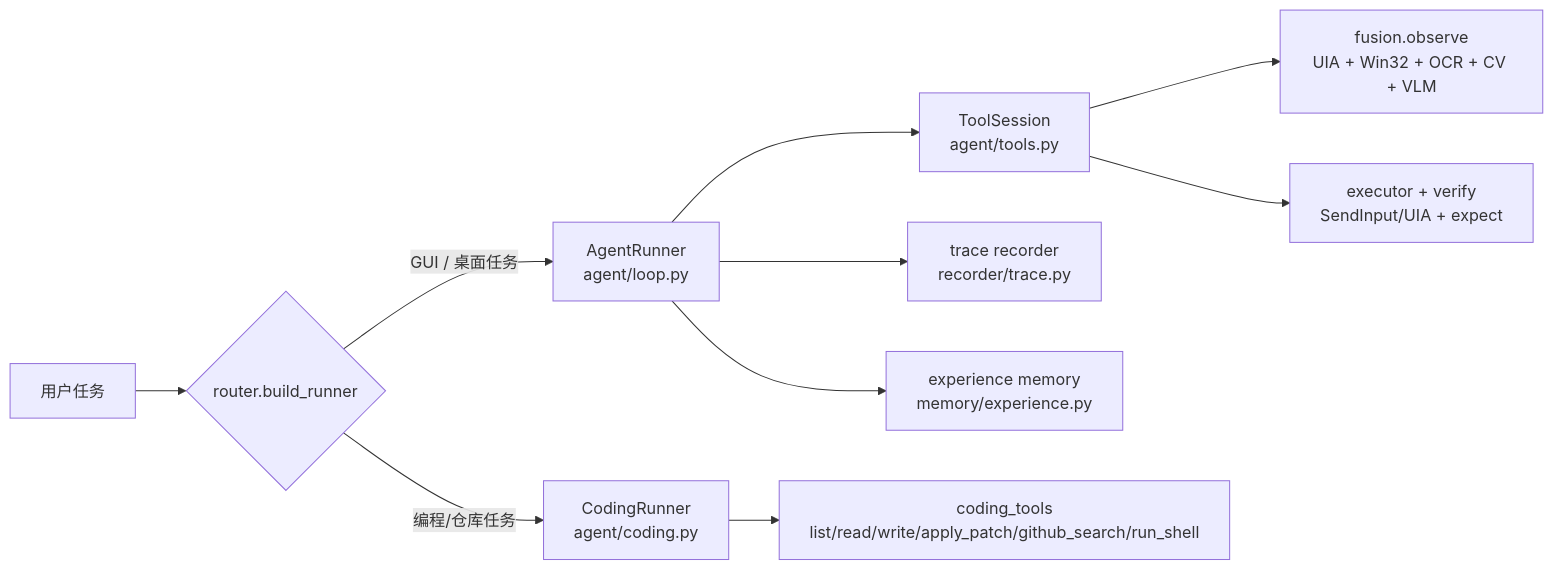
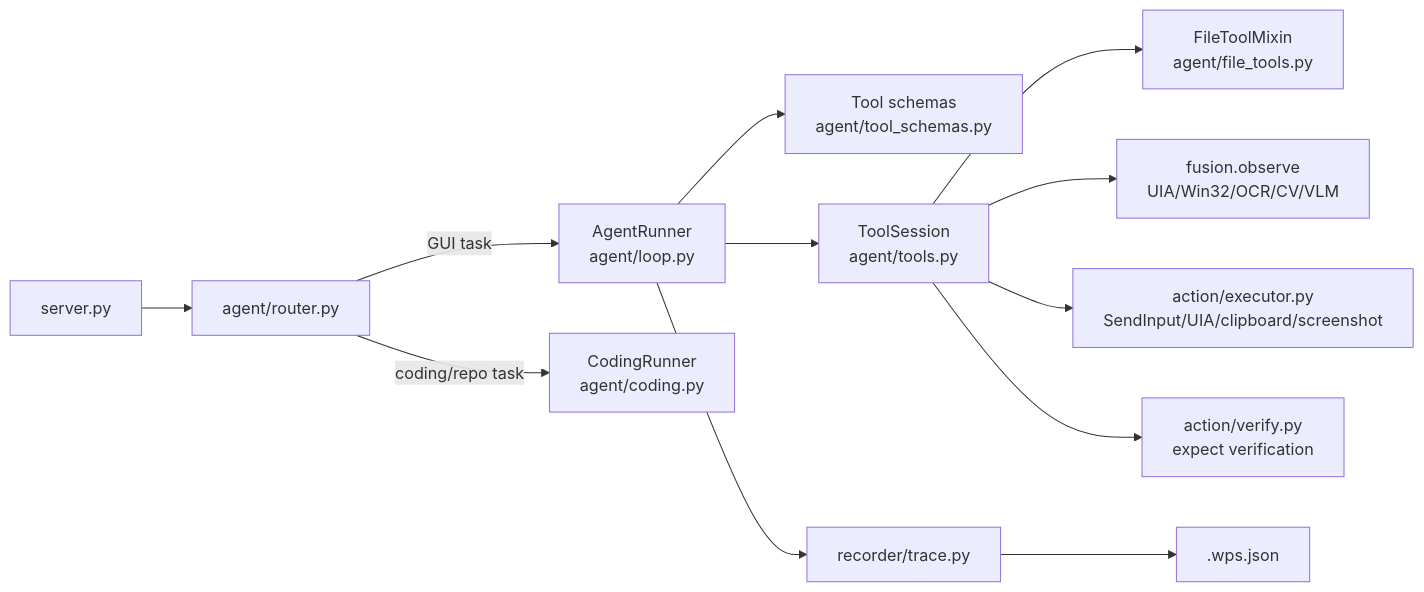
The second of 2 diagrams in docs/architecture.md (zoujiapeng/lingdong-script), drawn with Mermaid before and after one commit. The commit also changed other lines of this file and 38 other files, not shown here.

````diff
--- a/docs/architecture.md
+++ b/docs/architecture.md
@@ -42,12 +40,14 @@
 ```mermaid
 flowchart LR
-    task["用户任务"] --> router{"router.build_runner"}
-    router -->|"GUI / 桌面任务"| gui["AgentRunner<br/>agent/loop.py"]
-    router -->|"编程/仓库任务"| coding["CodingRunner<br/>agent/coding.py"]
-    gui --> tools["ToolSession<br/>agent/tools.py"]
-    tools --> perception["fusion.observe<br/>UIA + Win32 + OCR + CV + VLM"]
-    tools --> action["executor + verify<br/>SendInput/UIA + expect"]
-    gui --> recorder["trace recorder<br/>recorder/trace.py"]
-    gui --> memory["experience memory<br/>memory/experience.py"]
-    coding --> ctools["coding_tools<br/>list/read/write/apply_patch/github_search/run_shell"]
+    server["server.py"] --> router["agent/router.py"]
+    router -->|"GUI task"| loop["AgentRunner<br/>agent/loop.py"]
+    router -->|"coding/repo task"| coding["CodingRunner<br/>agent/coding.py"]
+    loop --> schemas["Tool schemas<br/>agent/tool_schemas.py"]
+    loop --> tools["ToolSession<br/>agent/tools.py"]
+    tools --> filetools["FileToolMixin<br/>agent/file_tools.py"]
+    tools --> fusion["fusion.observe<br/>UIA/Win32/OCR/CV/VLM"]
+    tools --> action["action/executor.py<br/>SendInput/UIA/clipboard/screenshot"]
+    tools --> verify["action/verify.py<br/>expect verification"]
+    loop --> recorder["recorder/trace.py"]
+    recorder --> wps[".wps.json"]
 ```
````
